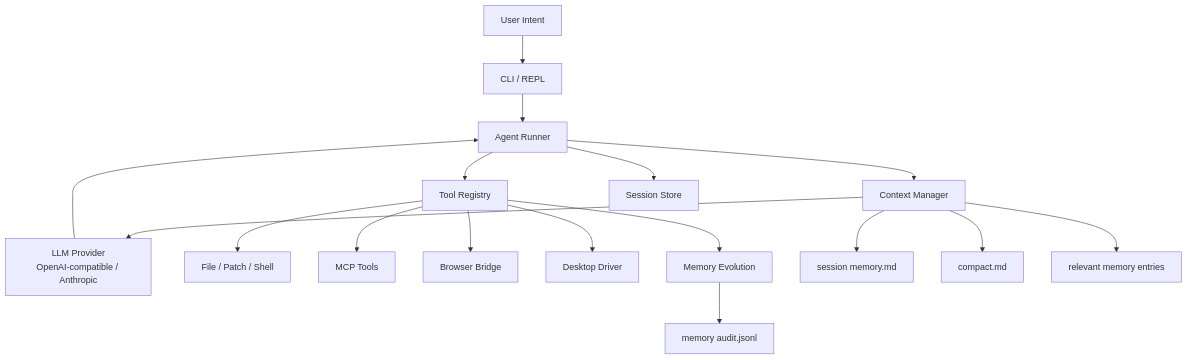
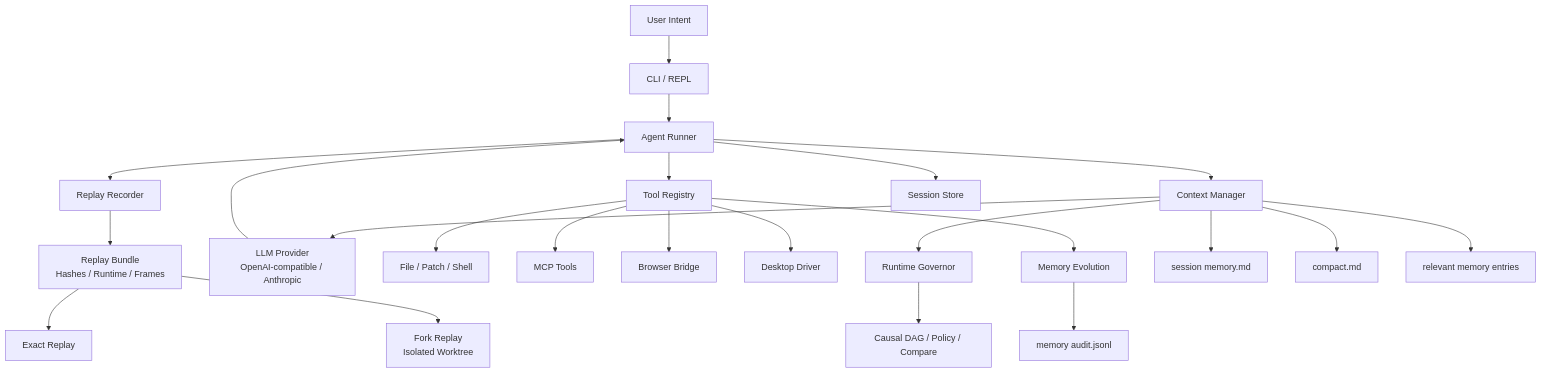
One commit to congchuanling-dot/Cohort changed the diagram in README.md. Above: the diagram before and after it, drawn with Mermaid. The commit also changed other lines of this file and 19 other files, not shown here.

````diff
--- a/README.md
+++ b/README.md
@@ -681,19 +751,25 @@
 ```mermaid
 flowchart TD
     U[User Intent] --> R[CLI / REPL]
     R --> A[Agent Runner]
+    A --> TM[Replay Recorder]
     A --> C[Context Manager]
+    C --> G[Runtime Governor]
     C --> L[LLM Provider<br/>OpenAI-compatible / Anthropic]
     L --> A
     A --> T[Tool Registry]
     T --> F[File / Patch / Shell]
     T --> M[MCP Tools]
     T --> B[Browser Bridge]
     T --> D[Desktop Driver]
     T --> E[Memory Evolution]
     A --> S[Session Store]
+    TM --> RB[Replay Bundle<br/>Hashes / Runtime / Frames]
+    RB --> EX[Exact Replay]
+    RB --> FK[Fork Replay<br/>Isolated Worktree]
+    G --> DAG[Causal DAG / Policy / Compare]
     C --> SM[session memory.md]
     C --> CP[compact.md]
     C --> LM[relevant memory entries]
     E --> AUD[memory audit.jsonl]
 ```
````
